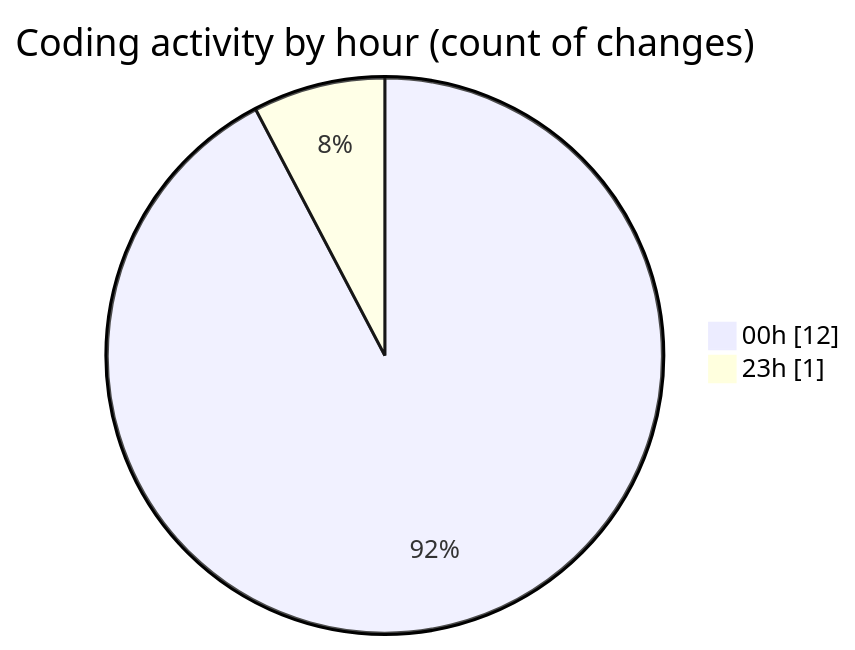
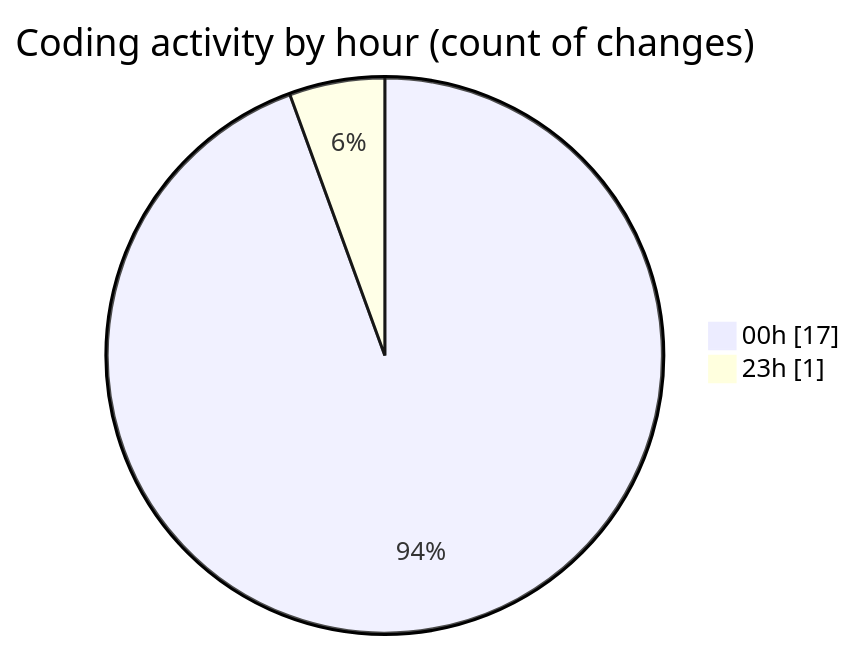
Before and after one commit to nxtqubesakshisongat/code-tracking: the second of 2 diagrams in 2026-03-15/nxtqube_webapp/README.md, drawn with Mermaid. The commit also changed other lines of this file and 1 other file, not shown here.

````diff
--- a/2026-03-15/nxtqube_webapp/README.md
+++ b/2026-03-15/nxtqube_webapp/README.md
@@ -28,6 +28,6 @@
 ```mermaid
 pie showData
 title Coding activity by hour (count of changes)
-"00h" : 12
+"00h" : 17
 "23h" : 1
 ```
````
